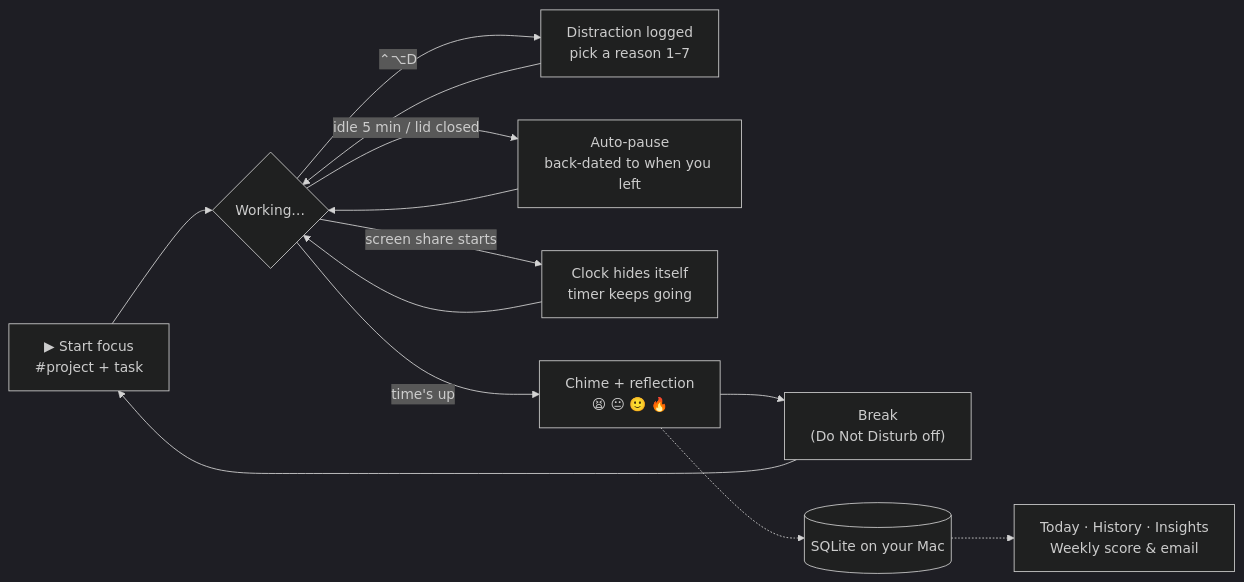
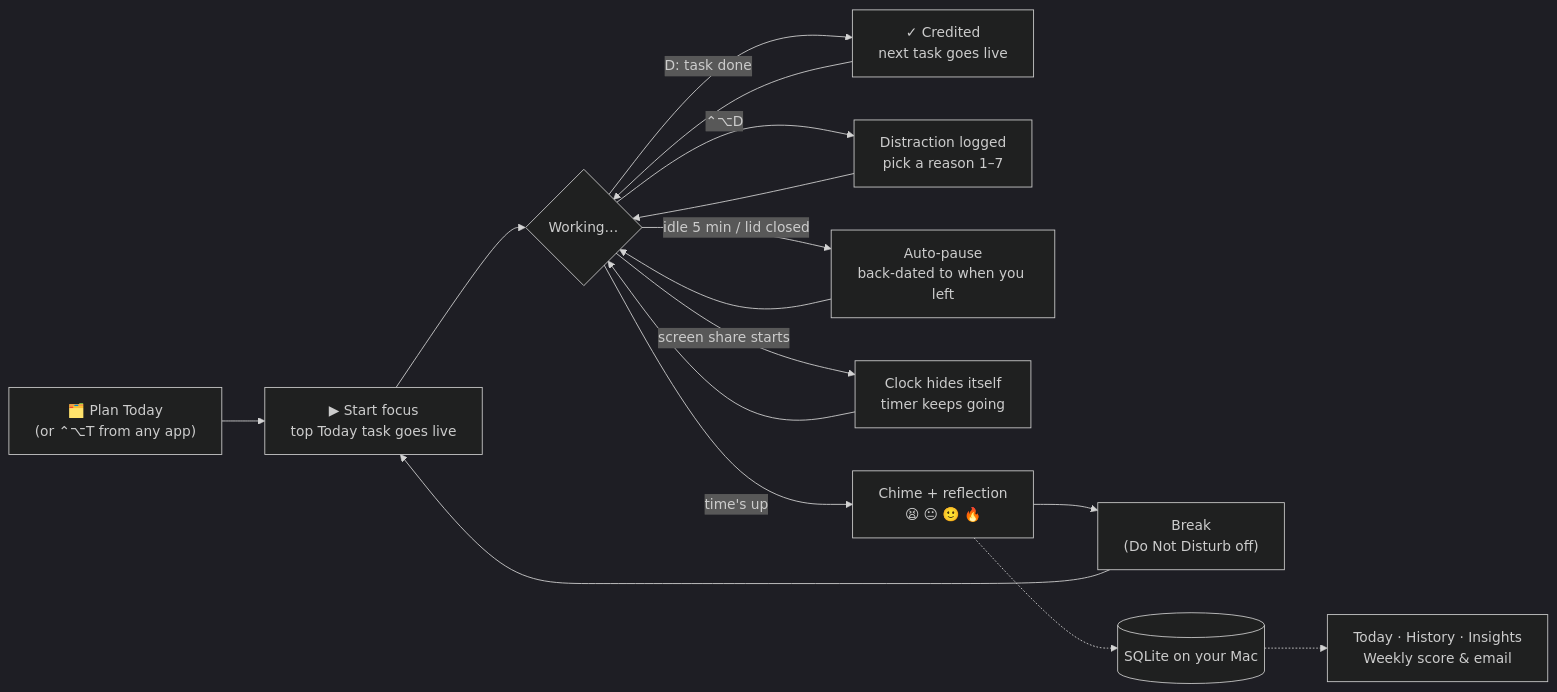
Before and after one commit to nikharjajoo-tech/chronos: the first of 2 diagrams in README.md, drawn with Mermaid (dark theme). The commit also changed other lines of this file and 2 other files, not shown here.

````diff
--- a/README.md
+++ b/README.md
@@ -189,12 +225,14 @@
 ```mermaid
 flowchart LR
-    A["▶ Start focus<br/>#project + task"] --> B{"Working…"}
+    P["🗂️ Plan Today<br/>(or ⌃⌥T from any app)"] --> A
+    A["▶ Start focus<br/>top Today task goes live"] --> B{"Working…"}
+    B -- "D: task done" --> K["✓ Credited<br/>next task goes live"] --> B
     B -- "⌃⌥D" --> C["Distraction logged<br/>pick a reason 1–7"] --> B
     B -- "idle 5 min / lid closed" --> D["Auto-pause<br/>back-dated to when you left"] --> B
     B -- "screen share starts" --> E["Clock hides itself<br/>timer keeps going"] --> B
     B -- "time's up" --> F["Chime + reflection<br/>😫 😐 🙂 🔥"]
     F --> G["Break<br/>(Do Not Disturb off)"]
     G --> A
     F -.-> H[("SQLite on your Mac")]
     H -.-> I["Today · History · Insights<br/>Weekly score & email"]
 ```
````
